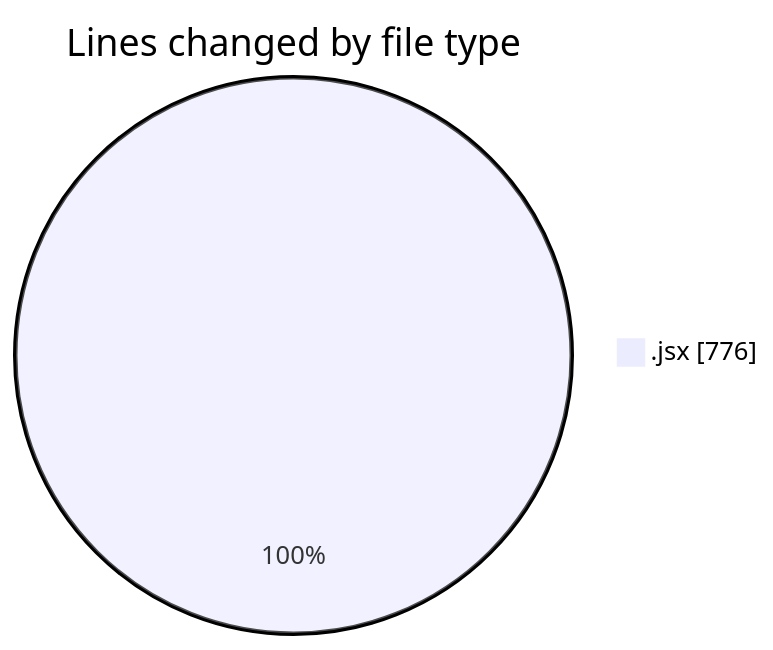
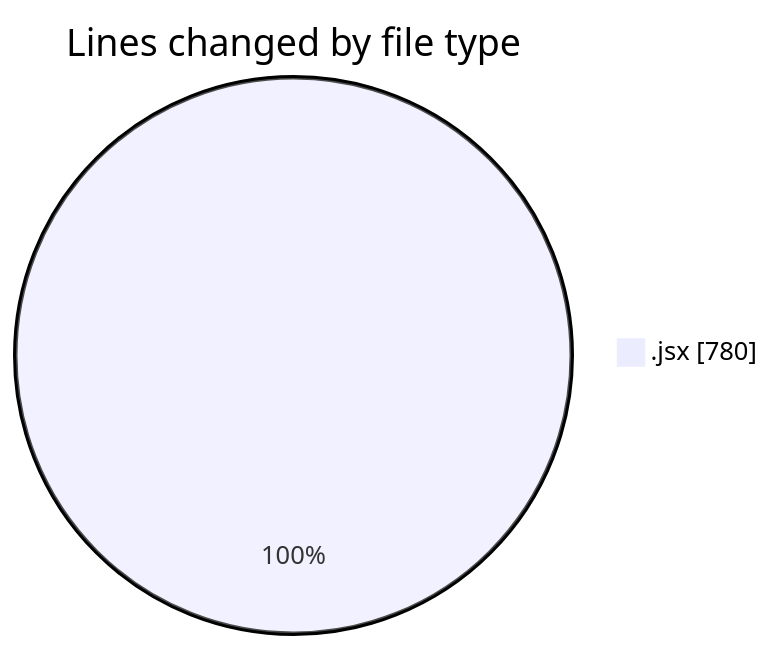
The first of 2 diagrams in 2025-08-22/nxtqube_webapp/README.md (nxtqubesakshisongat/code-tracking), drawn with Mermaid before and after one commit. The commit also changed other lines of this file and 1 other file, not shown here.

````diff
--- a/2025-08-22/nxtqube_webapp/README.md
+++ b/2025-08-22/nxtqube_webapp/README.md
@@ -20,5 +20,5 @@
 ```mermaid
 pie showData
 title Lines changed by file type
-".jsx" : 776
+".jsx" : 780
 ```
````
